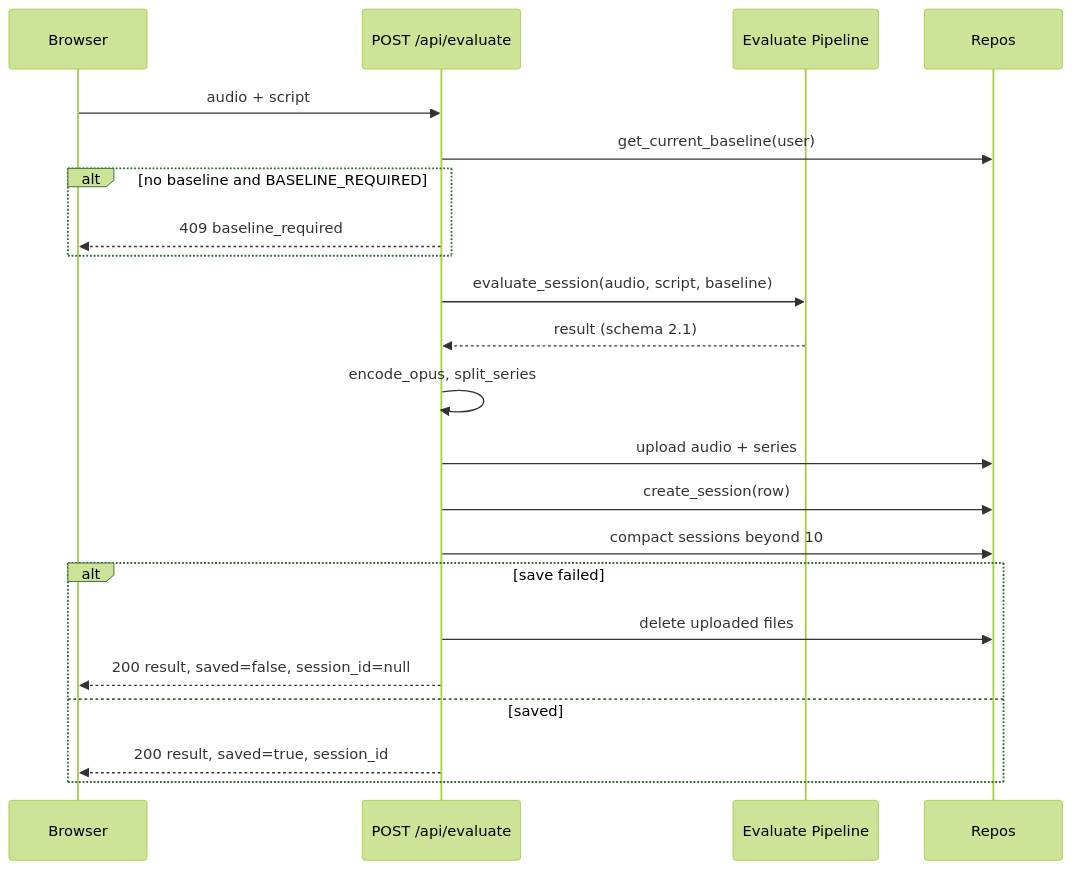
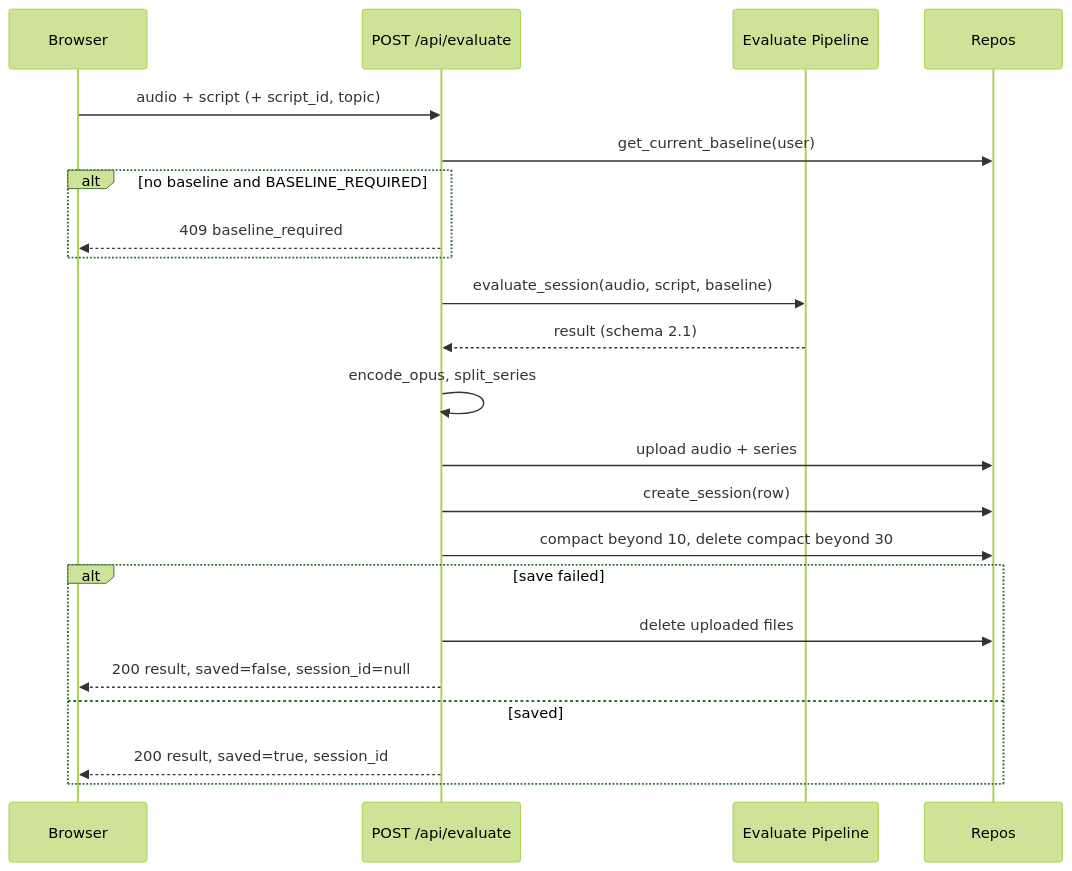
The fourth of 4 diagrams in architecture.md (cbaolee/25c11-ct-team08-public-speaking-assistant), drawn with Mermaid (forest theme) before and after one commit. The commit also changed other lines of this file and 3 other files, not shown here.

Commit message:
docs: update README, architecture and ADR-001 to the current DB, storage and UI state

````diff
--- a/architecture.md
+++ b/architecture.md
@@ -181,24 +234,24 @@
 ```mermaid
 sequenceDiagram
     participant UI as Browser
     participant API as POST /api/evaluate
     participant P as Evaluate Pipeline
     participant R as Repos
-    UI->>API: audio + script
+    UI->>API: audio + script (+ script_id, topic)
     API->>R: get_current_baseline(user)
     alt no baseline and BASELINE_REQUIRED
         API-->>UI: 409 baseline_required
     end
     API->>P: evaluate_session(audio, script, baseline)
     P-->>API: result (schema 2.1)
     API->>API: encode_opus, split_series
     API->>R: upload audio + series
     API->>R: create_session(row)
-    API->>R: compact sessions beyond 10
+    API->>R: compact beyond 10, delete compact beyond 30
     alt save failed
         API->>R: delete uploaded files
         API-->>UI: 200 result, saved=false, session_id=null
     else saved
         API-->>UI: 200 result, saved=true, session_id
     end
 ```
````
